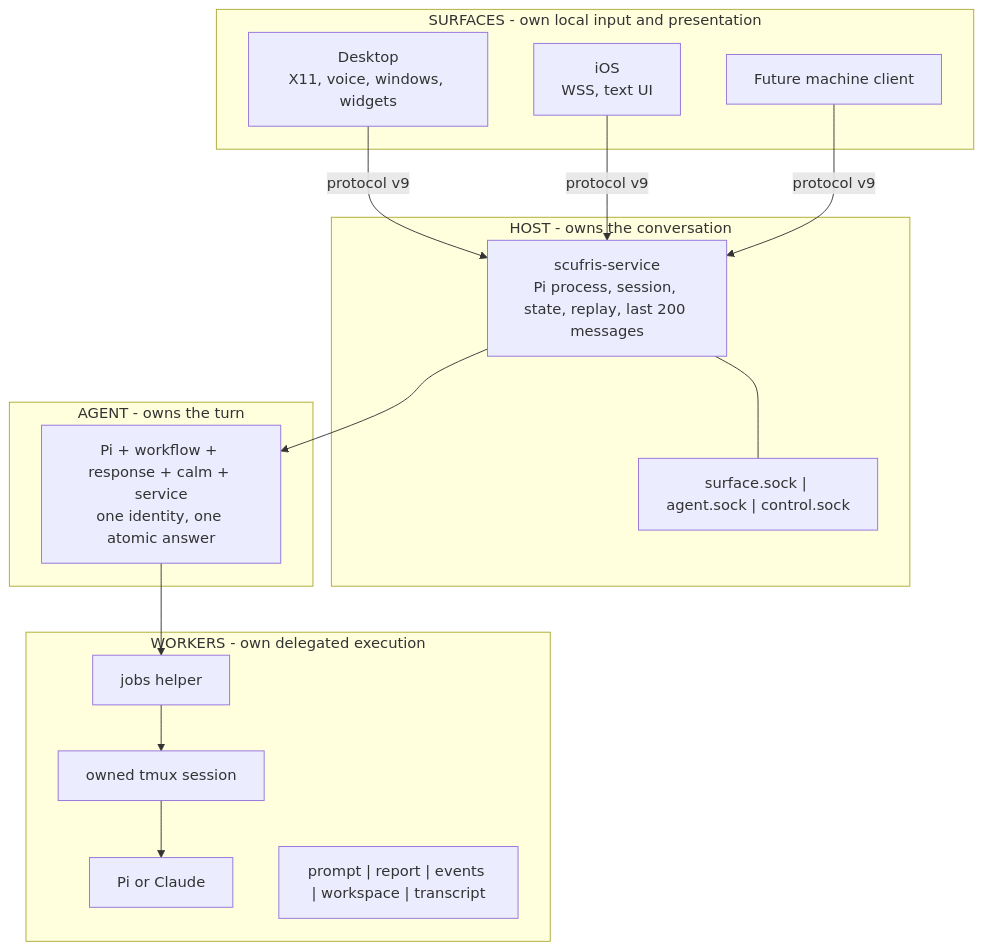
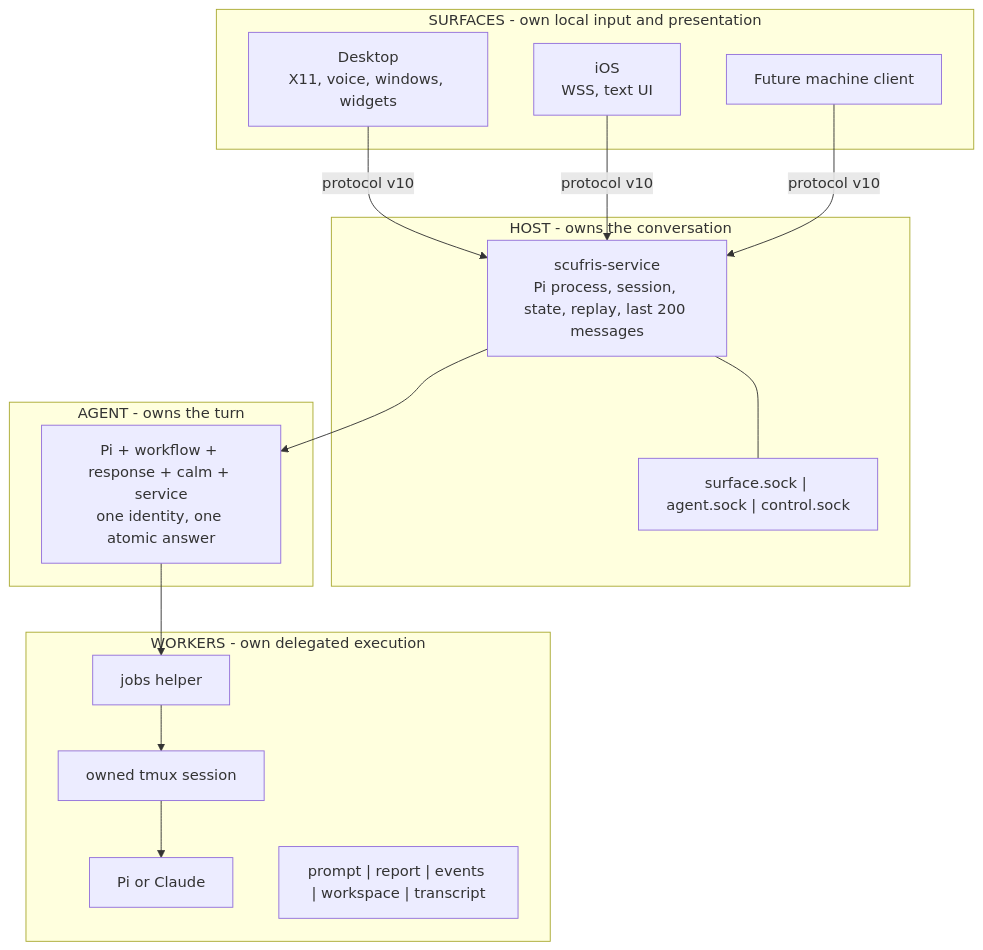
The first of 5 diagrams in docs/src/dev/architecture.md (alexjercan/scufris2), drawn with Mermaid before and after one commit. The commit also changed other lines of this file and 32 other files, not shown here.

````diff
--- a/docs/src/dev/architecture.md
+++ b/docs/src/dev/architecture.md
@@ -7,25 +7,25 @@
 ```mermaid
 flowchart TB
     subgraph Surfaces["SURFACES - own local input and presentation"]
         Desktop["Desktop<br/>X11, voice, windows, widgets"]
         IOS["iOS<br/>WSS, text UI"]
         Future["Future machine client"]
     end
     subgraph Host["HOST - owns the conversation"]
         Service["scufris-service<br/>Pi process, session, state, replay, last 200 messages"]
         Sockets["surface.sock | agent.sock | control.sock"]
         Service --- Sockets
     end
     subgraph Agent["AGENT - owns the turn"]
         Pi["Pi + workflow + response + calm + service<br/>one identity, one atomic answer"]
     end
     subgraph Workers["WORKERS - own delegated execution"]
         Helper[jobs helper] --> Tmux[owned tmux session] --> Harness[Pi or Claude]
         Durable["prompt | report | events | workspace | transcript"]
     end
-    Desktop -->|protocol v9| Service
-    IOS -->|protocol v9| Service
-    Future -->|protocol v9| Service
+    Desktop -->|protocol v10| Service
+    IOS -->|protocol v10| Service
+    Future -->|protocol v10| Service
     Service --> Pi
     Pi --> Helper
 ```
````
